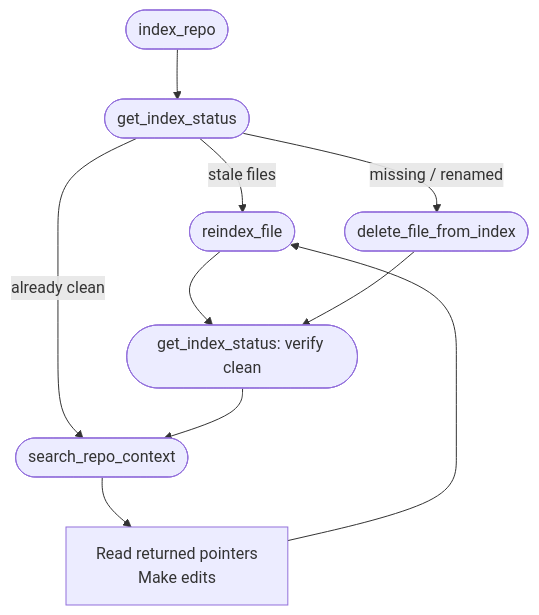
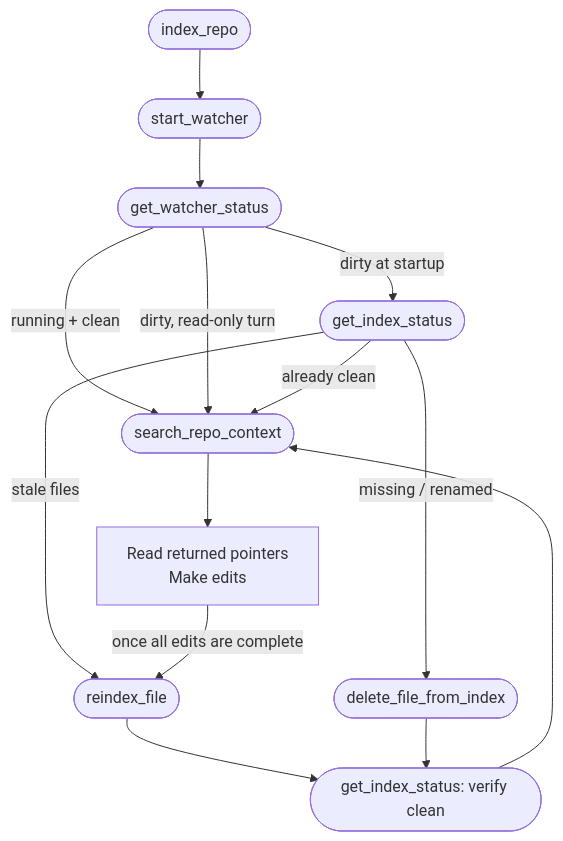
One commit to Tu2607/codebase-indexer changed the diagram in README.md. Above: the diagram before and after it, drawn with Mermaid. The commit also changed other lines of this file and 21 other files, not shown here.

````diff
--- a/README.md
+++ b/README.md
@@ -35,12 +38,16 @@
 ```mermaid
 flowchart TD
-    A([index_repo]) --> B([get_index_status])
+    A([index_repo]) --> W([start_watcher])
+    W --> WS([get_watcher_status])
+    WS -->|running + clean| F([search_repo_context])
+    WS -->|dirty, read-only turn| F
+    WS -->|dirty at startup| B([get_index_status])
     B -->|stale files| C([reindex_file])
     B -->|missing / renamed| D([delete_file_from_index])
+    B -->|already clean| F
     C --> E([get_index_status: verify clean])
     D --> E
-    B -->|already clean| F([search_repo_context])
     E --> F
     F --> G[Read returned pointers<br/>Make edits]
-    G --> C
+    G -->|once all edits are complete| C
 ```
````
